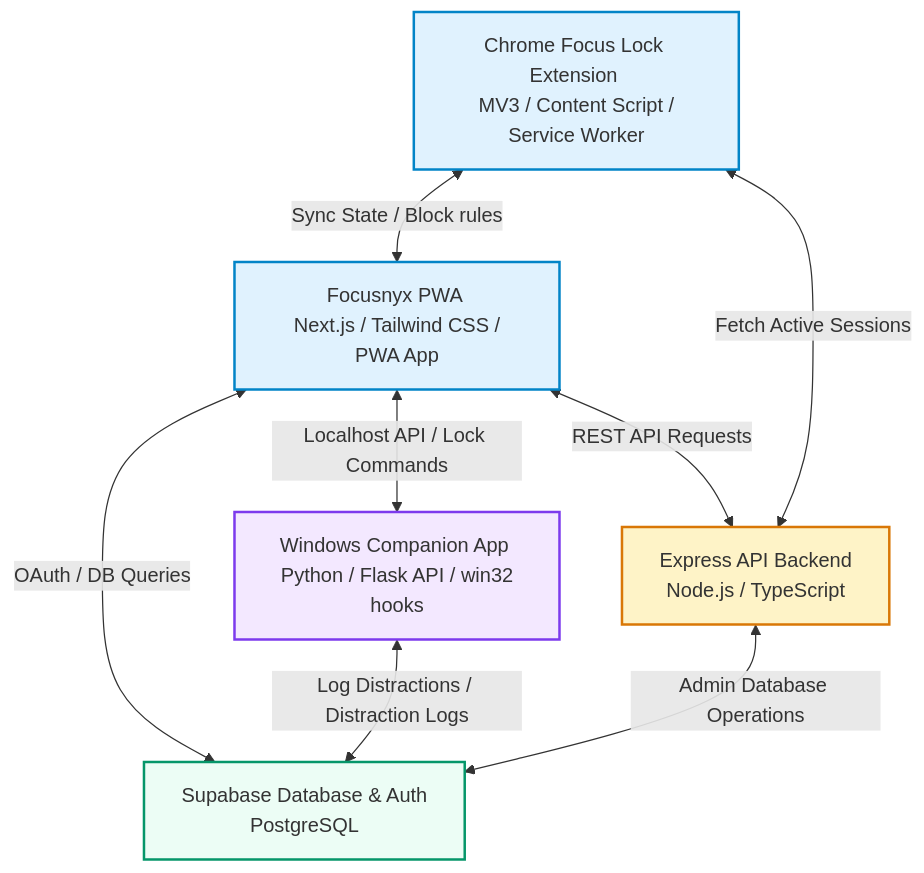
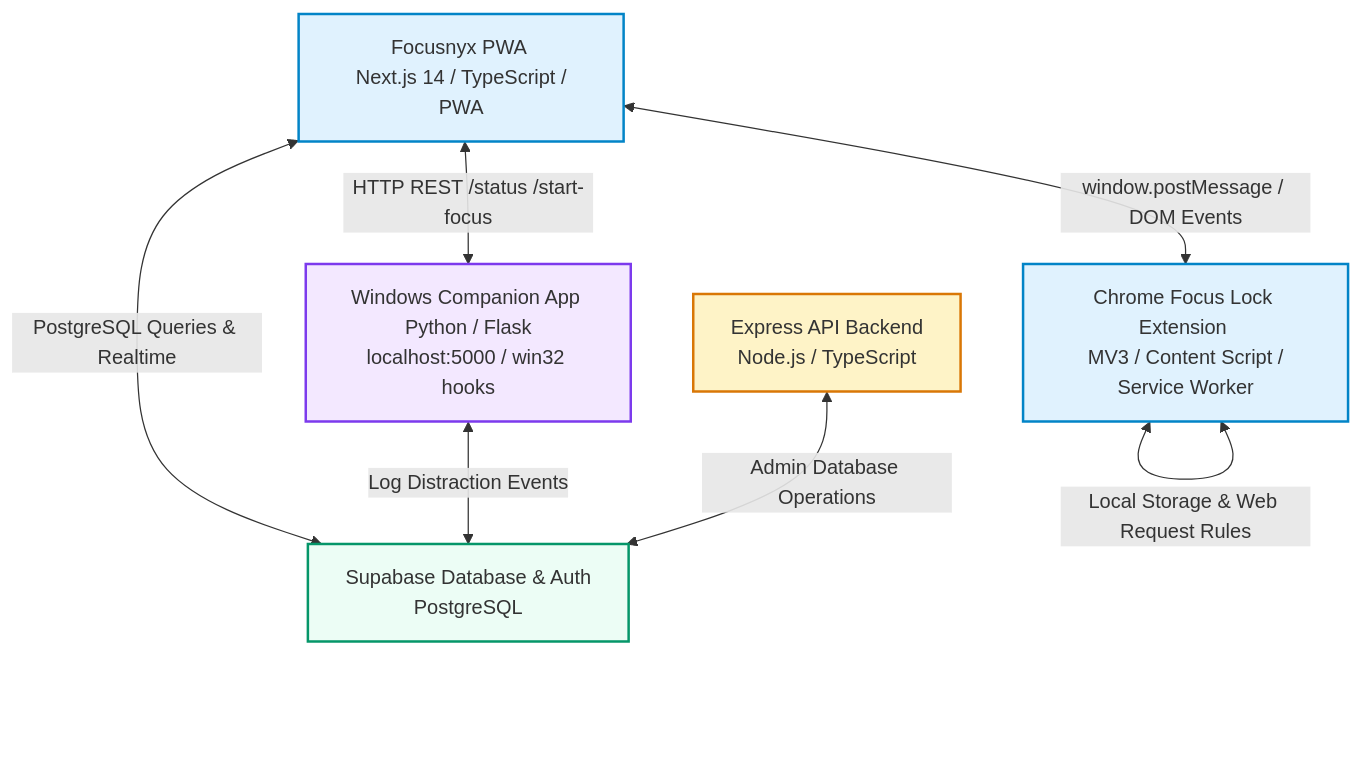
The first of 2 diagrams in README.md (mhjayeed715/Focusnyx), drawn with Mermaid before and after one commit. The commit also changed other lines of this file, not shown here.

Commit message:
docs: update README with live deployment, ADHD Mode system, real-time sync, and v1.9.1 documentation

````diff
--- a/README.md
+++ b/README.md
@@ -143,22 +148,21 @@
 ```mermaid
 graph TD
     classDef client fill:#e0f2fe,stroke:#0284c7,stroke-width:2px;
     classDef os fill:#f3e8ff,stroke:#7c3aed,stroke-width:2px;
     classDef backend fill:#fef3c7,stroke:#d97706,stroke-width:2px;
     classDef db fill:#ecfdf5,stroke:#059669,stroke-width:2px;
 
-    PWA[Focusnyx PWA <br> Next.js / Tailwind CSS / PWA App]:::client
+    PWA[Focusnyx PWA <br> Next.js 14 / TypeScript / PWA]:::client
     Ext[Chrome Focus Lock Extension <br> MV3 / Content Script / Service Worker]:::client
-    Comp[Windows Companion App <br> Python / Flask API / win32 hooks]:::os
+    Comp[Windows Companion App <br> Python / Flask localhost:5000 / win32 hooks]:::os
     API[Express API Backend <br> Node.js / TypeScript]:::backend
     Supa[Supabase Database & Auth <br> PostgreSQL]:::db
 
-    %% Interconnections
-    PWA <-->|OAuth / DB Queries| Supa
-    PWA <-->|REST API Requests| API
-    PWA <-->|Localhost API / Lock Commands| Comp
-    Ext <-->|Sync State / Block rules| PWA
-    Comp <-->|Log Distractions / Distraction Logs| Supa
+    %% Real-time Sync & Interconnections
+    PWA <-->|PostgreSQL Queries & Realtime| Supa
+    PWA <-->|window.postMessage / DOM Events| Ext
+    PWA <-->|HTTP REST /status /start-focus| Comp
+    Ext <-->|Local Storage & Web Request Rules| Ext
+    Comp <-->|Log Distraction Events| Supa
     API <-->|Admin Database Operations| Supa
-    Ext <-->|Fetch Active Sessions| API
 ```
````
